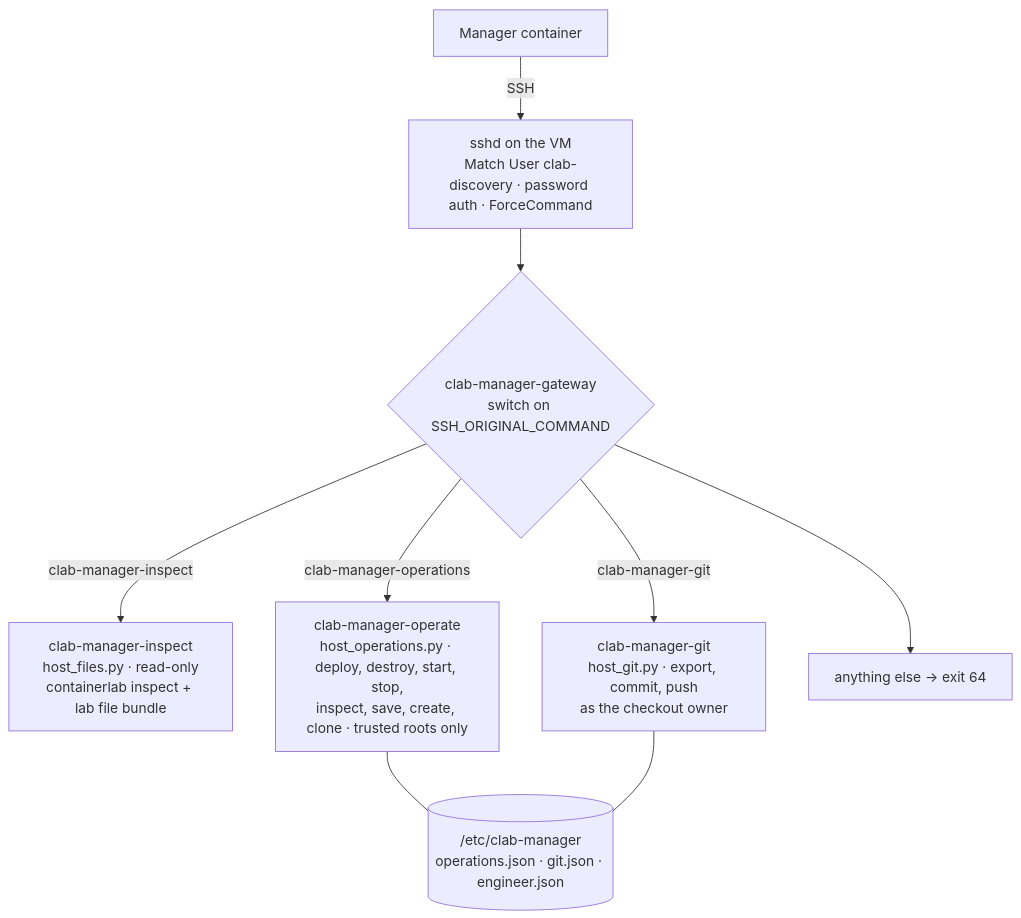
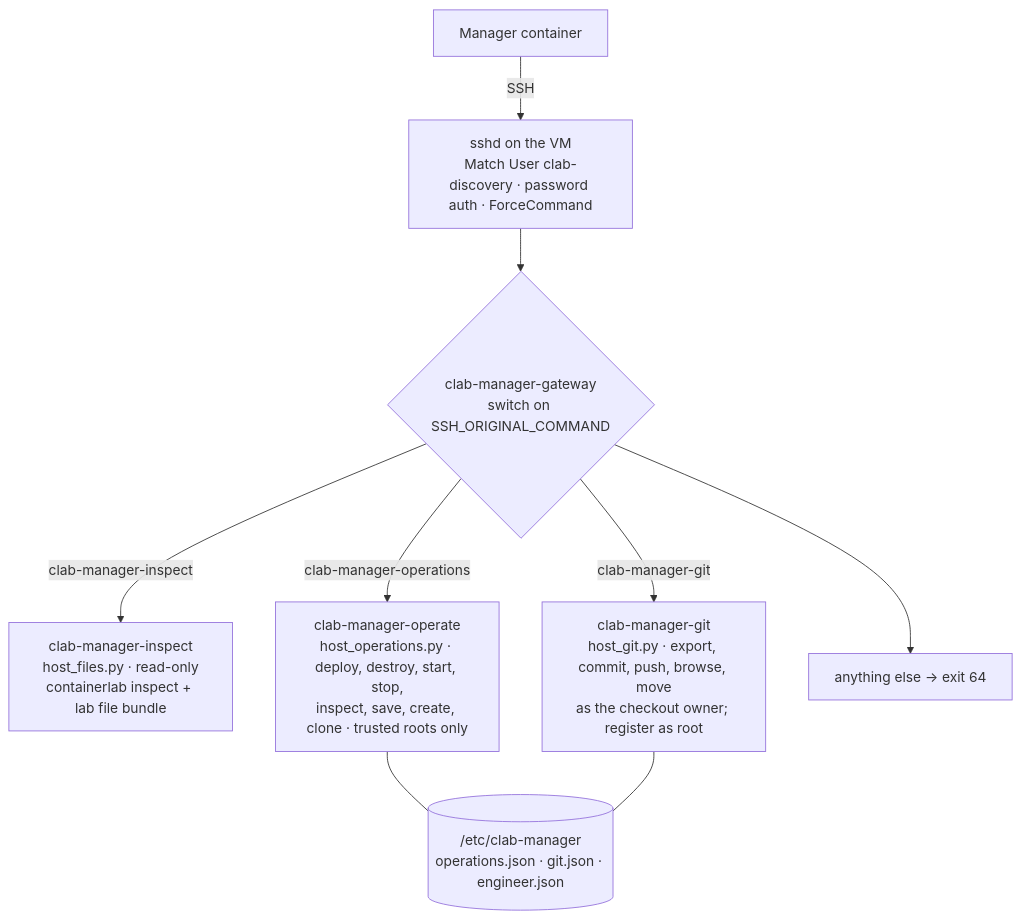
The second of 5 diagrams in docs/ARCHITECTURE.md (ArchRuger/CLAB-BACKUP-WORKER-v2), drawn with Mermaid before and after one commit. The commit also changed other lines of this file and 34 other files, not shown here.

````diff
--- a/docs/ARCHITECTURE.md
+++ b/docs/ARCHITECTURE.md
@@ -45,18 +45,18 @@
 ```mermaid
 flowchart TB
     M["Manager container"]
     S["sshd on the VM<br/>Match User clab-discovery · password auth · ForceCommand"]
     GW{"clab-manager-gateway<br/>switch on SSH_ORIGINAL_COMMAND"}
     I["clab-manager-inspect<br/>host_files.py · read-only<br/>containerlab inspect + lab file bundle"]
     O["clab-manager-operate<br/>host_operations.py · deploy, destroy, start, stop,<br/>inspect, save, create, clone · trusted roots only"]
-    Gt["clab-manager-git<br/>host_git.py · export, commit, push<br/>as the checkout owner"]
+    Gt["clab-manager-git<br/>host_git.py · export, commit, push, browse, move<br/>as the checkout owner; register as root"]
     X["anything else → exit 64"]
     T[("/etc/clab-manager<br/>operations.json · git.json · engineer.json")]
     M -- "SSH" --> S --> GW
     GW -- "clab-manager-inspect" --> I
     GW -- "clab-manager-operations" --> O
     GW -- "clab-manager-git" --> Gt
     GW --> X
     O --- T
     Gt --- T
 ```
````
